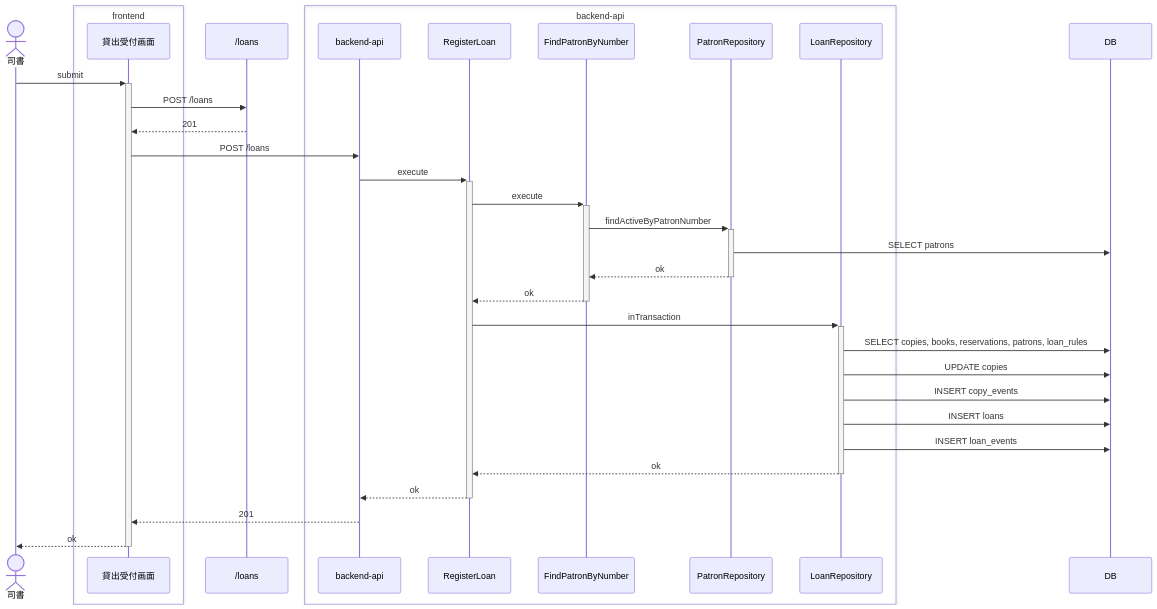
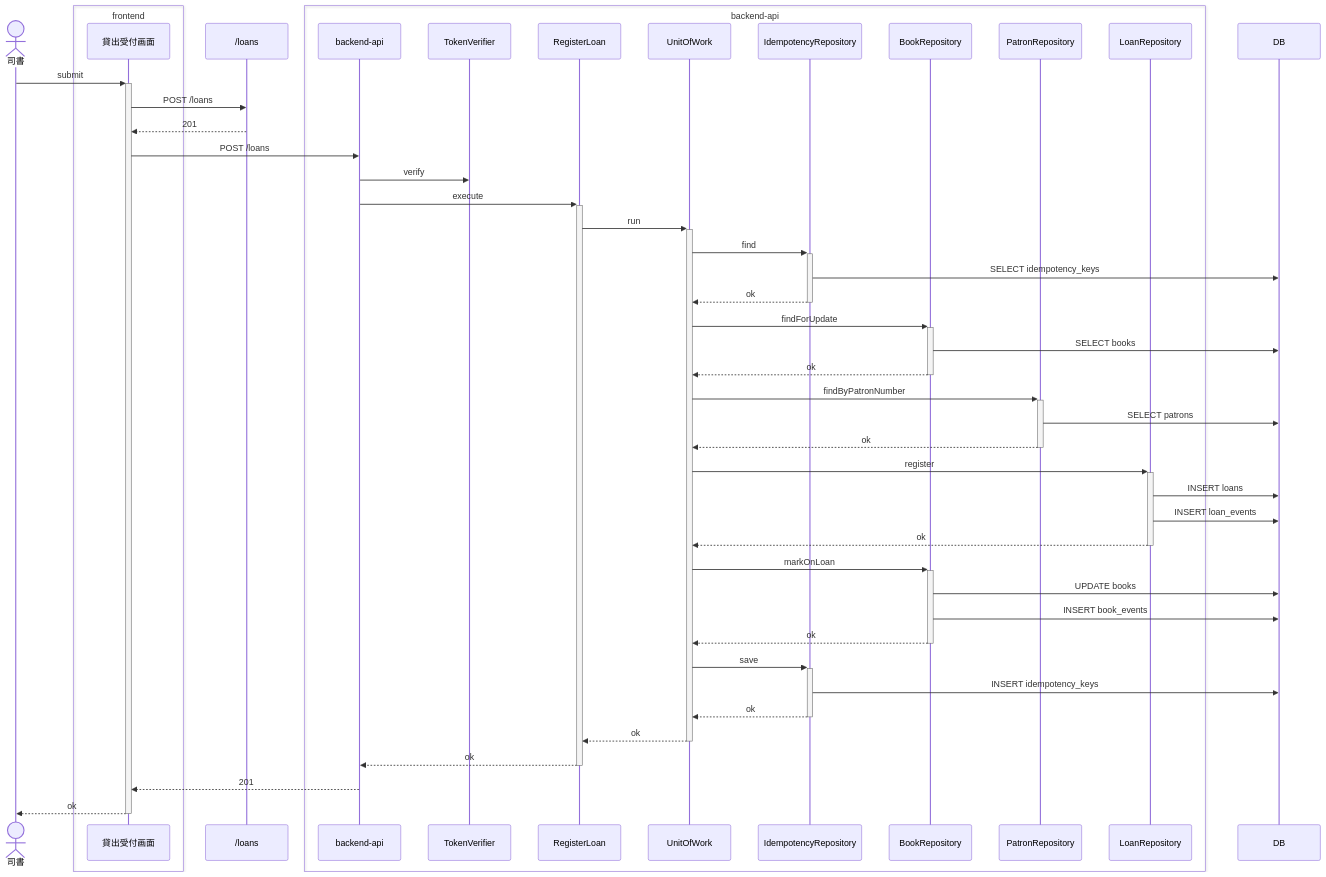
Before and after one commit to suwa-sh/suwa-sh-claude-plugins: the third of 6 diagrams in samples/distillery2/library-loan/docs/as-built/貸出業務/貸出を登録する/sequence.md, drawn with Mermaid. The commit also changed other lines of this file and 249 other files, not shown here.

````diff
--- a/samples/distillery2/library-loan/docs/as-built/貸出業務/貸出を登録する/sequence.md
+++ b/samples/distillery2/library-loan/docs/as-built/貸出業務/貸出を登録する/sequence.md
@@ -83,36 +118,50 @@
 ```mermaid
 sequenceDiagram
     actor p0 as 司書
     box transparent frontend
         participant p1 as 貸出受付画面
     end
     participant p2 as /loans
     box transparent backend-api
         participant p3 as backend-api
-        participant p4 as RegisterLoan
-        participant p5 as FindPatronByNumber
-        participant p6 as PatronRepository
-        participant p8 as LoanRepository
+        participant p4 as TokenVerifier
+        participant p5 as RegisterLoan
+        participant p6 as UnitOfWork
+        participant p7 as IdempotencyRepository
+        participant p9 as BookRepository
+        participant p10 as PatronRepository
+        participant p11 as LoanRepository
     end
-    participant p7 as DB
+    participant p8 as DB
     p0->>+p1: submit
     p1->>p2: POST /loans
     p2-->>p1: 201
     p1->>p3: POST /loans
-    p3->>+p4: execute
-    p4->>+p5: execute
-    p5->>+p6: findActiveByPatronNumber
-    p6->>p7: SELECT patrons
+    p3->>p4: verify
+    p3->>+p5: execute
+    p5->>+p6: run
+    p6->>+p7: find
+    p7->>p8: SELECT idempotency_keys
+    p7-->>-p6: ok
+    p6->>+p9: findForUpdate
+    p9->>p8: SELECT books
+    p9-->>-p6: ok
+    p6->>+p10: findByPatronNumber
+    p10->>p8: SELECT patrons
+    p10-->>-p6: ok
+    p6->>+p11: register
+    p11->>p8: INSERT loans
+    p11->>p8: INSERT loan_events
+    p11-->>-p6: ok
+    p6->>+p9: markOnLoan
+    p9->>p8: UPDATE books
+    p9->>p8: INSERT book_events
+    p9-->>-p6: ok
+    p6->>+p7: save
+    p7->>p8: INSERT idempotency_keys
+    p7-->>-p6: ok
     p6-->>-p5: ok
-    p5-->>-p4: ok
-    p4->>+p8: inTransaction
-    p8->>p7: SELECT copies, books, reservations, patrons, loan_rules
-    p8->>p7: UPDATE copies
-    p8->>p7: INSERT copy_events
-    p8->>p7: INSERT loans
-    p8->>p7: INSERT loan_events
-    p8-->>-p4: ok
-    p4-->>-p3: ok
+    p5-->>-p3: ok
     p3-->>p1: 201
     p1-->>-p0: ok
 ```
````
